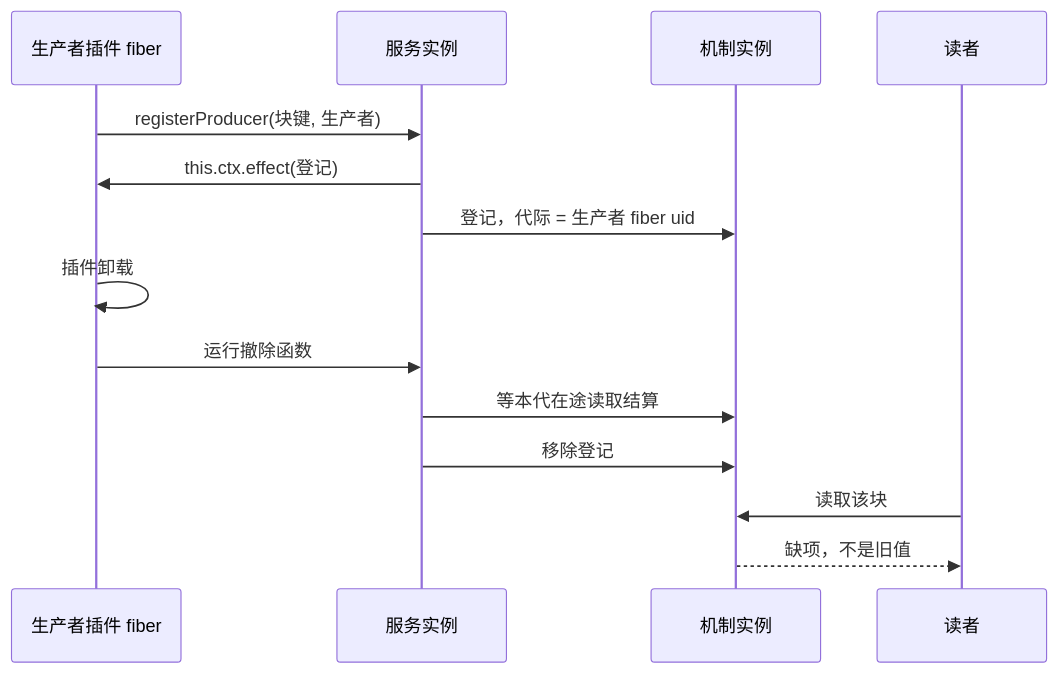
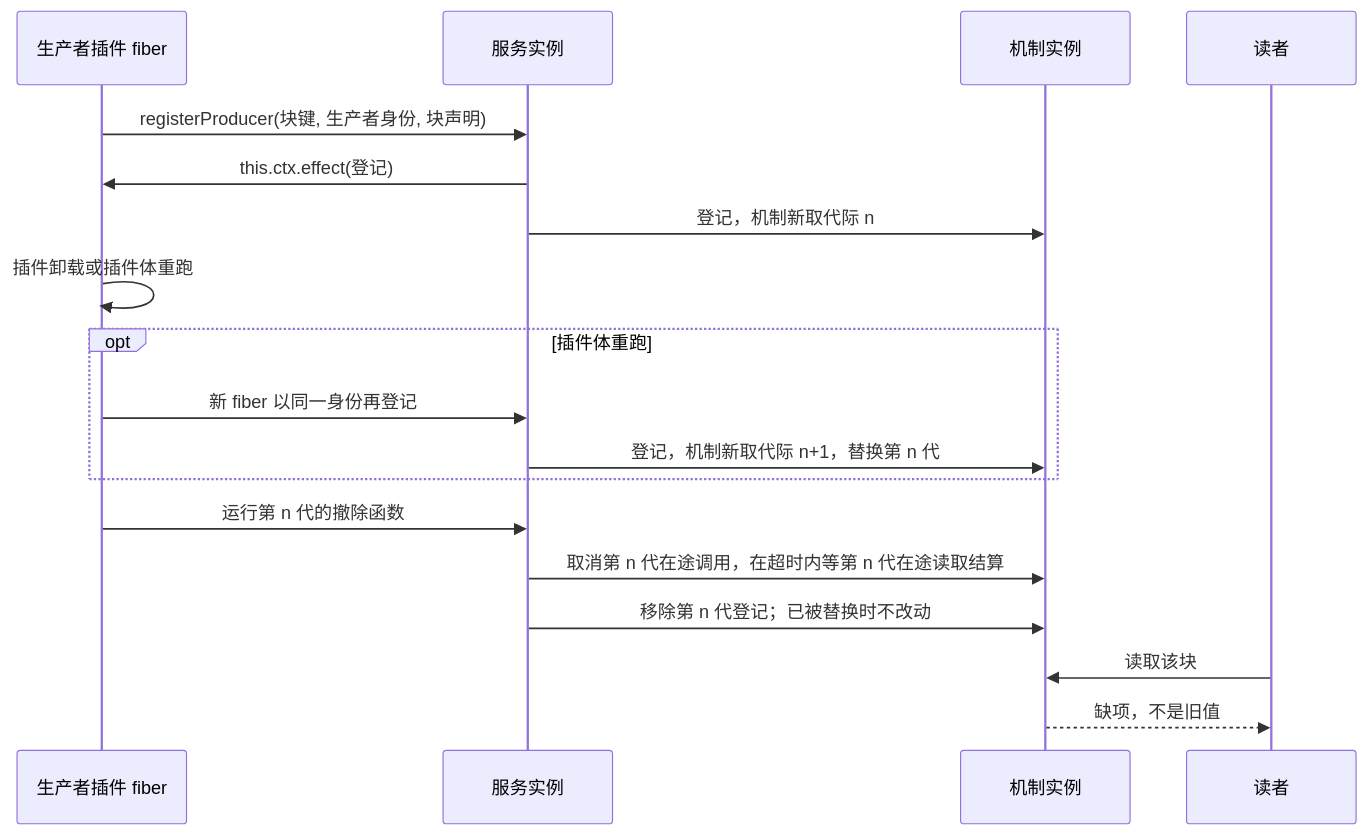
Before and after one commit to nemori-ai/omne-harness-lite: the second of 3 diagrams in packages/context/runtime-context-cordis/docs/flows.md, drawn with Mermaid. The commit also changed other lines of this file and 68 other files, not shown here.

````diff
--- a/packages/context/runtime-context-cordis/docs/flows.md
+++ b/packages/context/runtime-context-cordis/docs/flows.md
@@ -51,16 +52,20 @@
 ```mermaid
 sequenceDiagram
   participant PF as 生产者插件 fiber
   participant S as 服务实例
   participant M as 机制实例
   participant R as 读者
-  PF->>S: registerProducer(块键, 生产者)
+  PF->>S: registerProducer(块键, 生产者身份, 块声明)
   S->>PF: this.ctx.effect(登记)
-  S->>M: 登记，代际 = 生产者 fiber uid
-  PF->>PF: 插件卸载
-  PF->>S: 运行撤除函数
-  S->>M: 等本代在途读取结算
-  S->>M: 移除登记
+  S->>M: 登记，机制新取代际 n
+  PF->>PF: 插件卸载或插件体重跑
+  opt 插件体重跑
+    PF->>S: 新 fiber 以同一身份再登记
+    S->>M: 登记，机制新取代际 n+1，替换第 n 代
+  end
+  PF->>S: 运行第 n 代的撤除函数
+  S->>M: 取消第 n 代在途调用，在超时内等第 n 代在途读取结算
+  S->>M: 移除第 n 代登记；已被替换时不改动
   R->>M: 读取该块
   M-->>R: 缺项，不是旧值
 ```
````
